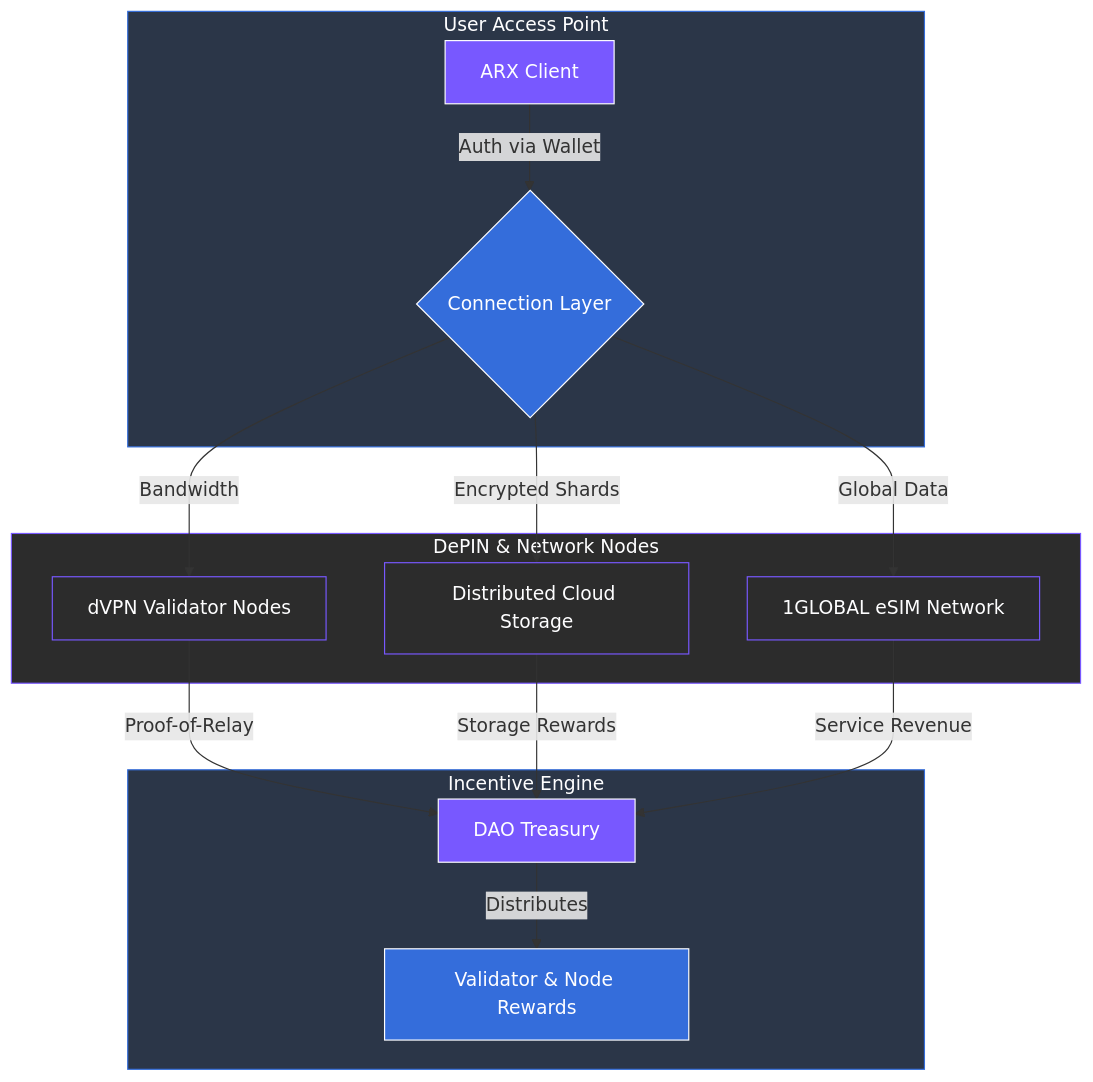
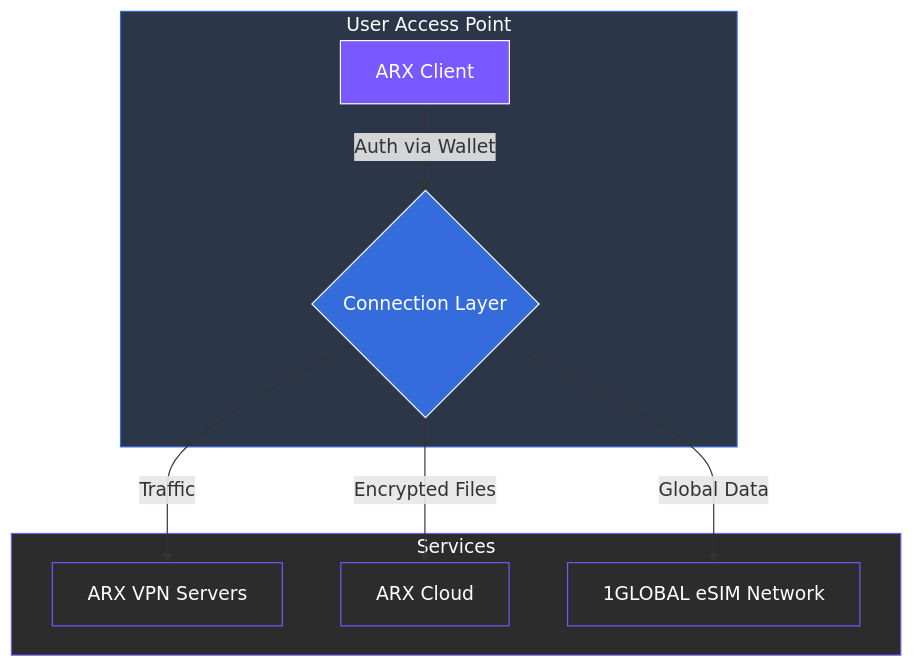
One commit to unusnullus/docs-xmtp-org changed the diagram in gitbook/home/4-product-overview/4.3-connection-vpn-esim-and-cloud-storage.md. Above: the diagram before and after it, drawn with Mermaid. The commit also changed other lines of this file and 32 other files, not shown here.

````diff
--- a/gitbook/home/4-product-overview/4.3-connection-vpn-esim-and-cloud-storage.md
+++ b/gitbook/home/4-product-overview/4.3-connection-vpn-esim-and-cloud-storage.md
@@ -25,38 +21,27 @@
 ```mermaid
 graph TD
     %% Global Styling
-    accTitle: ARX Connection & DePIN Layer
-    accDescr: Visualizing the decentralized infrastructure for VPN, eSIM, and storage.
+    accTitle: ARX Connection Layer
+    accDescr: Visualizing the VPN, eSIM, and storage services of the Connection layer.
 
     subgraph User_Access ["User Access Point"]
         U[ARX Client] -->|Auth via Wallet| CONN{Connection Layer}
     end
 
-    subgraph Infrastructure ["DePIN & Network Nodes"]
-        CONN -->|Bandwidth| VPN[dVPN Validator Nodes]
-        CONN -->|Encrypted Shards| DATA[Distributed Cloud Storage]
+    subgraph Infrastructure ["Services"]
+        CONN -->|Traffic| VPN[ARX VPN Servers]
+        CONN -->|Encrypted Files| DATA[ARX Cloud]
         CONN -->|Global Data| eSIM[1GLOBAL eSIM Network]
-    end
-
-    subgraph Economic_Loop ["Incentive Engine"]
-        VPN -->|Proof-of-Relay| DAO[DAO Treasury]
-        DATA -->|Storage Rewards| DAO
-        eSIM -->|Service Revenue| DAO
-        DAO -->|Distributes| VAL[Validator & Node Rewards]
     end
 
     %% Apply Brand Palette
     style User_Access fill:#2B3648,stroke:#346ddb,color:#fefeff
     style Infrastructure fill:#2c2c2c,stroke:#7858ff,color:#fefeff
-    style Economic_Loop fill:#2B3648,stroke:#346ddb,color:#fefeff
 
     style U fill:#7858ff,stroke:#fefeff,color:#fefeff
     style CONN fill:#346ddb,stroke:#fefeff,color:#fefeff
     
     style VPN fill:#2c2c2c,stroke:#7858ff,color:#fefeff
     style DATA fill:#2c2c2c,stroke:#7858ff,color:#fefeff
     style eSIM fill:#2c2c2c,stroke:#7858ff,color:#fefeff
-    
-    style DAO fill:#7858ff,stroke:#fefeff,color:#fefeff
-    style VAL fill:#346ddb,stroke:#fefeff,color:#fefeff
 ```
````
